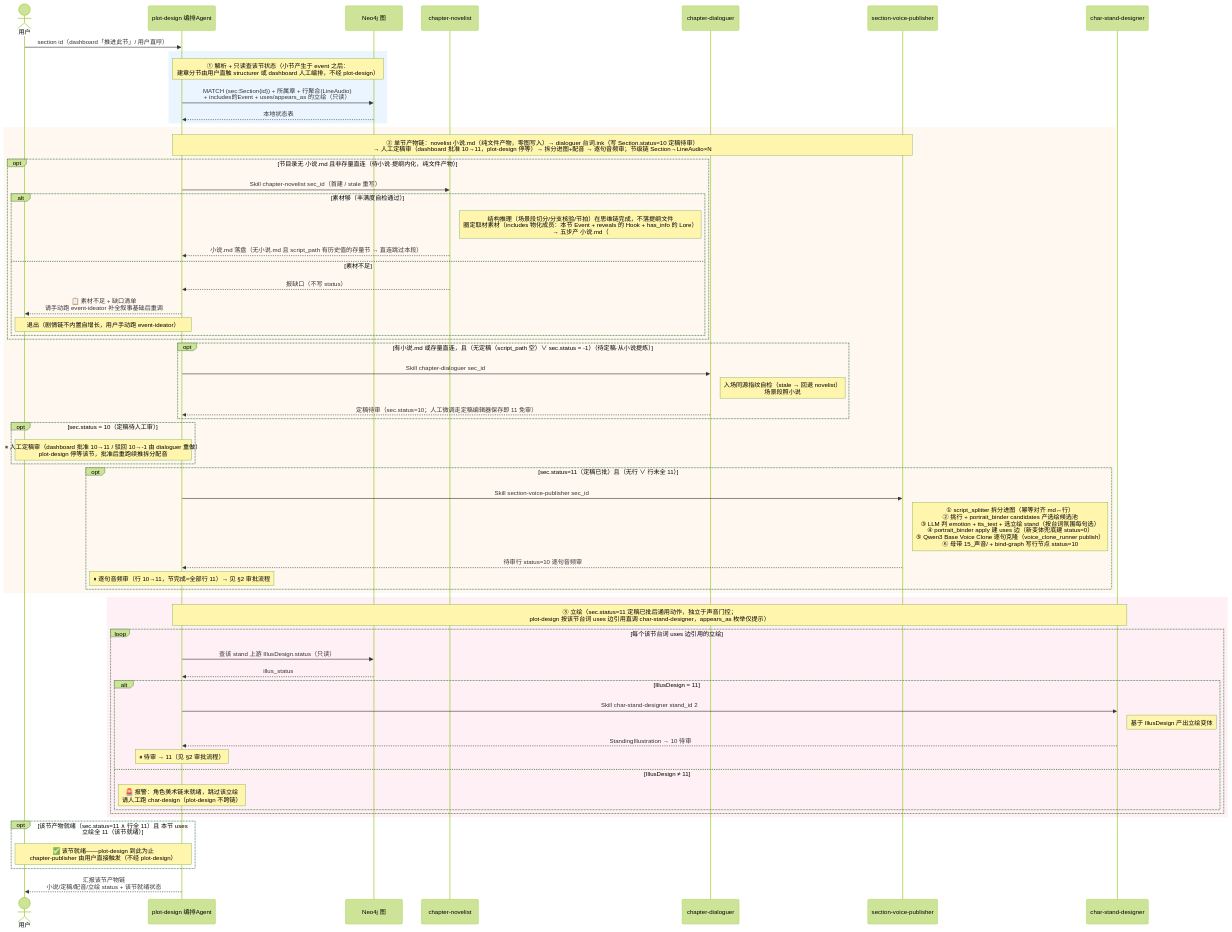
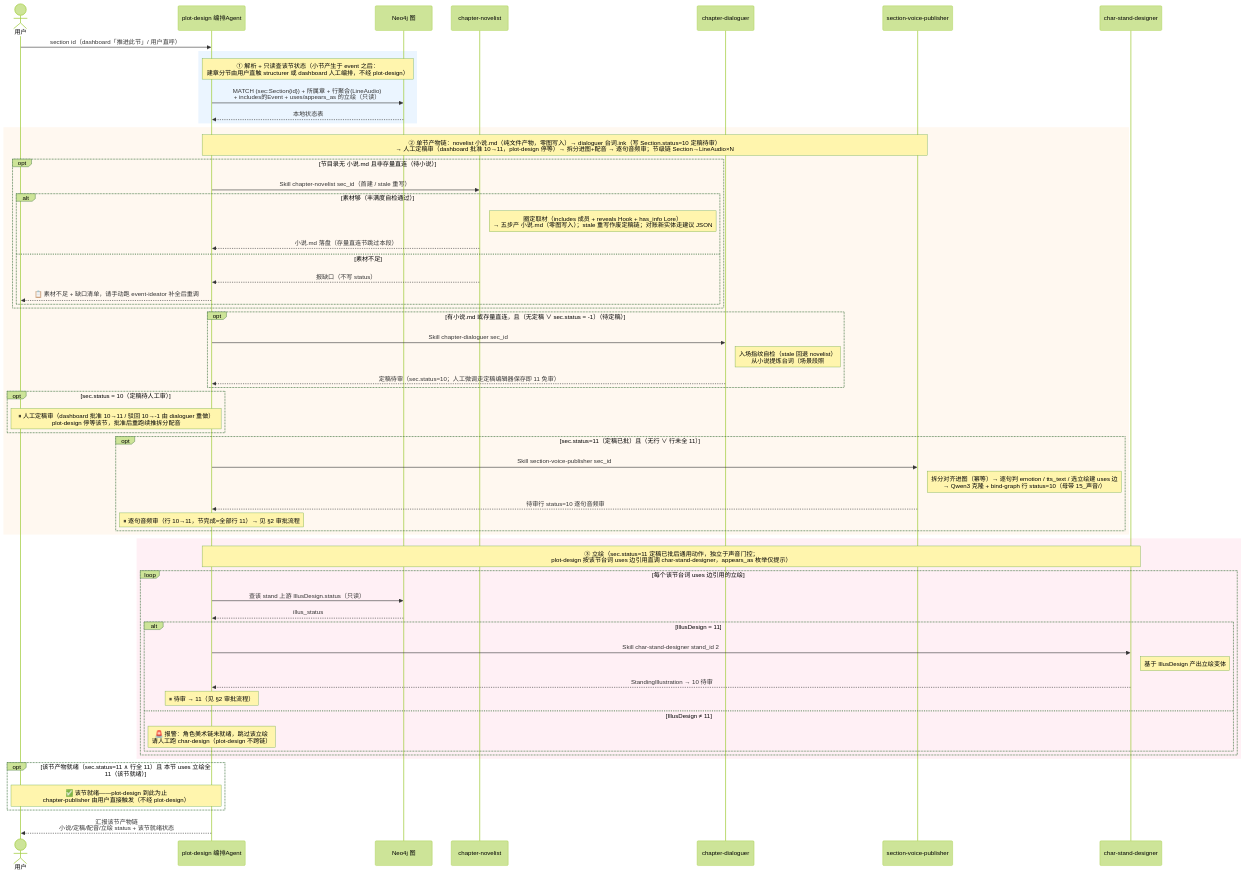
The fifth of 5 diagrams in README.md (CrazyJinn/ProxyLove), drawn with Mermaid (forest theme) before and after one commit. The commit also changed other lines of this file and 55 other files, not shown here.

````diff
--- a/README.md
+++ b/README.md
@@ -334,69 +327,68 @@
 ```mermaid
 sequenceDiagram
     actor U as 用户
     participant A as plot-design 编排Agent
     participant DB as Neo4j 图
     participant NV as chapter-novelist
     participant DG as chapter-dialoguer
     participant SV as section-voice-publisher
     participant Stand as char-stand-designer
 
     U->>A: section id（dashboard「推进此节」/ 用户直呼）
 
     rect rgb(235, 245, 255)
     Note over A,DB: ① 解析 + 只读查该节状态（小节产生于 event 之后：<br/>建章分节由用户直触 structurer 或 dashboard 人工编排，不经 plot-design）
     A->>DB: MATCH (sec:Section{id}) + 所属章 + 行聚合(LineAudio)<br/>+ includes的Event + uses/appears_as 的立绘（只读）
     DB-->>A: 本地状态表
     end
 
     rect rgb(255, 248, 240)
     Note over A,SV: ② 单节产物链：novelist 小说.md（纯文件产物，零图写入）→ dialoguer 台词.ink（写 Section.status=10 定稿待审）<br/>→ 人工定稿审（dashboard 批准 10→11，plot-design 停等）→ 拆分进图+配音 → 逐句音频审；节级链 Section→LineAudio×N
-    opt 节目录无 小说.md 且非存量直连（待小说·提纲内化，纯文件产物）
+    opt 节目录无 小说.md 且非存量直连（待小说）
         A->>NV: Skill chapter-novelist sec_id（首建 / stale 重写）
         alt 素材够（丰满度自检通过）
-            Note right of NV: 结构推理（场景段切分/分支核验/节拍）在思维链完成，不落提纲文件<br/>圈定取材素材（includes 物化成员：本节 Event + reveals 的 Hook + has_info 的 Lore）<br/>→ 五步产 小说.md（### 场景段标题 = 拓扑契约），零图写入<br/>头部取材指纹（fingerprint.py）<br/>stale 重写时显式作废定稿链（sec.status=-1 + 行 -1）<br/>对账新实体 → 建议 JSON（人工经 dashboard 审入库）
-            NV-->>A: 小说.md 落盘（无小说.md 且 script_path 有历史值的存量节 → 直连跳过本段）
+            Note right of NV: 圈定取材（includes 成员 + reveals Hook + has_info Lore）<br/>→ 五步产 小说.md（零图写入）；stale 重写作废定稿链；对账新实体走建议 JSON
+            NV-->>A: 小说.md 落盘（存量直连节跳过本段）
         else 素材不足
             NV-->>A: 报缺口（不写 status）
-            A-->>U: 📋 素材不足 + 缺口清单<br/>请手动跑 event-ideator 补全叙事基础后重调
-            Note over A,U: 退出（剧情链不内置自增长，用户手动跑 event-ideator）
+            A-->>U: 📋 素材不足 + 缺口清单，请手动跑 event-ideator 补全后重调
         end
     end
-    opt 有小说.md 或存量直连，且（无定稿（script_path 空）∨ sec.status = -1）（待定稿·从小说提炼）
+    opt 有小说.md 或存量直连，且（无定稿 ∨ sec.status = -1）（待定稿）
         A->>DG: Skill chapter-dialoguer sec_id
-        Note right of DG: 入场同源指纹自检（stale → 回退 novelist）<br/>场景段照小说 ### 标题、分支照图 Choice<br/>从本节小说提炼逐句对话（纯台词，不写演出标注）<br/>产出 台词.ink，SET sec.script_path + sec.status=10
+        Note right of DG: 入场指纹自检（stale 回退 novelist）<br/>从小说提炼台词（场景段照 ### 契约、分支照图 Choice）→ 产 台词.ink，写 sec.status=10
         DG-->>A: 定稿待审（sec.status=10；人工微调走定稿编辑器保存即 11 免审）
     end
     opt sec.status = 10（定稿待人工审）
         Note over A,U: ⏸ 人工定稿审（dashboard 批准 10→11 / 驳回 10→-1 由 dialoguer 重做）<br/>plot-design 停等该节，批准后重跑续推拆分配音
     end
     opt sec.status=11（定稿已批）且（无行 ∨ 行未全 11）
         A->>SV: Skill section-voice-publisher sec_id
-        Note right of SV: ① script_splitter 拆分进图（幂等对齐 md↔行）<br/>② 挑行 + portrait_binder candidates 产选绘候选池<br/>③ LLM 判 emotion + tts_text + 选立绘 stand（按台词氛围每句选）<br/>④ portrait_binder apply 建 uses 边（新变体兜底建 status=0）<br/>⑤ Qwen3 Base Voice Clone 逐句克隆（voice_clone_runner publish）<br/>⑥ 母带 15_声音/ + bind-graph 写行节点 status=10
+        Note right of SV: 拆分对齐进图（幂等）→ 逐句判 emotion / tts_text / 选立绘建 uses 边<br/>→ Qwen3 克隆 + bind-graph 行 status=10（母带 15_声音/）
         SV-->>A: 待审行 status=10 逐句音频审
         Note over A: ⏸ 逐句音频审（行 10→11，节完成=全部行 11）→ 见 §2 审批流程
     end
     end
 
     rect rgb(255, 240, 245)
     Note over A,Stand: ③ 立绘（sec.status=11 定稿已批后通用动作，独立于声音门控；<br/>plot-design 按该节台词 uses 边引用直调 char-stand-designer，appears_as 枚举仅提示）
     loop 每个该节台词 uses 边引用的立绘
         A->>DB: 查该 stand 上游 IllusDesign.status（只读）
         DB-->>A: illus_status
         alt IllusDesign = 11
             A->>Stand: Skill char-stand-designer stand_id 2
             Note right of Stand: 基于 IllusDesign 产出立绘变体
             Stand-->>A: StandingIllustration → 10 待审
             Note over A: ⏸ 待审 → 11（见 §2 审批流程）
         else IllusDesign ≠ 11
             Note over A: 🚨 报警：角色美术链未就绪，跳过该立绘<br/>请人工跑 char-design（plot-design 不跨链）
         end
     end
     end
 
     opt 该节产物就绪（sec.status=11 ∧ 行全 11）且 本节 uses 立绘全 11（该节就绪）
         Note over A,U: ✅ 该节就绪——plot-design 到此为止<br/>chapter-publisher 由用户直接触发（不经 plot-design）
     end
 
     A-->>U: 汇报该节产物链<br/>小说/定稿/配音/立绘 status + 该节就绪状态
 ```
````
